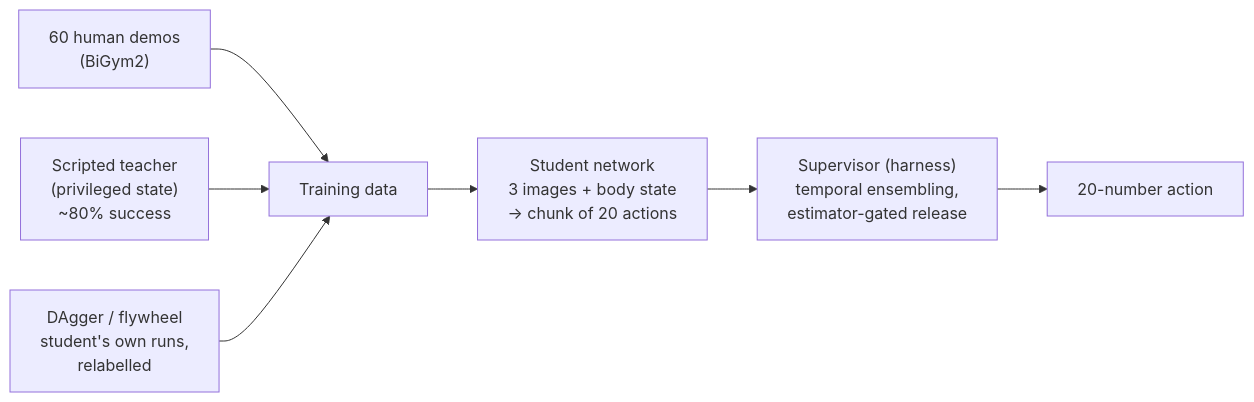
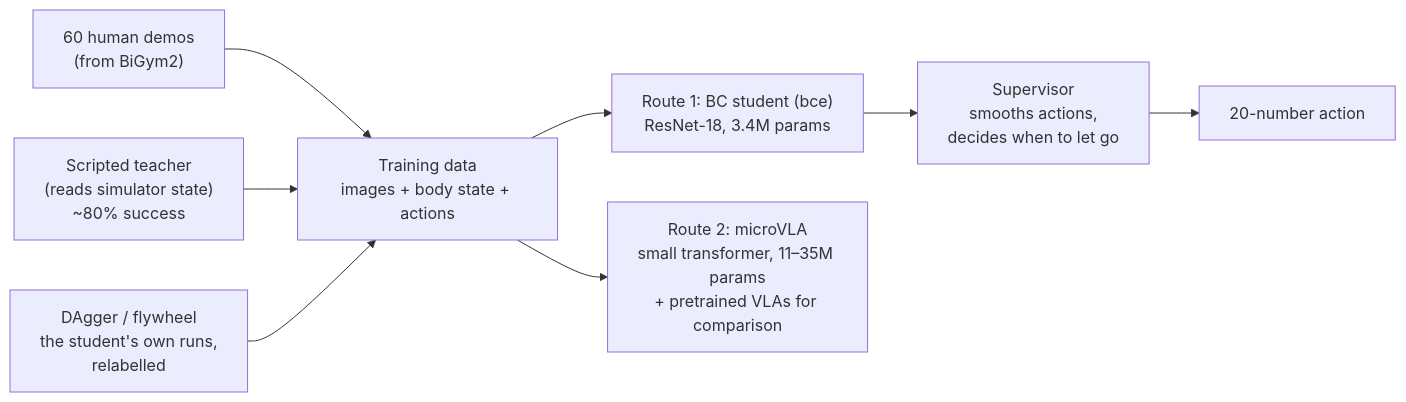
One commit to KhushiJ2911/g1-modular-plate-transfer changed the first of 2 diagrams in docs/vla_report.md. Above: the diagram before and after it, drawn with Mermaid. The commit also changed other lines of this file, not shown here.

Commit message:
docs: rewrite vla_report in simple flow; full sections for BC (bce) and microVLA/pretrained VLAs; fix seat-cue description

````diff
--- a/docs/vla_report.md
+++ b/docs/vla_report.md
@@ -21,9 +31,10 @@
 ```mermaid
 flowchart LR
-    H["60 human demos<br/>(BiGym2)"] --> D["Training data"]
-    T["Scripted teacher<br/>(privileged state)<br/>~80% success"] --> D
-    G["DAgger / flywheel<br/>student's own runs,<br/>relabelled"] --> D
-    D --> S["Student network<br/>3 images + body state<br/>→ chunk of 20 actions"]
-    S --> W["Supervisor (harness)<br/>temporal ensembling,<br/>estimator-gated release"]
+    H["60 human demos<br/>(from BiGym2)"] --> D["Training data<br/>images + body state + actions"]
+    T["Scripted teacher<br/>(reads simulator state)<br/>~80% success"] --> D
+    G["DAgger / flywheel<br/>the student's own runs,<br/>relabelled"] --> D
+    D --> S1["Route 1: BC student (bce)<br/>ResNet-18, 3.4M params"]
+    D --> S2["Route 2: microVLA<br/>small transformer, 11–35M params<br/>+ pretrained VLAs for comparison"]
+    S1 --> W["Supervisor<br/>smooths actions,<br/>decides when to let go"]
     W --> A["20-number action"]
 ```
````
